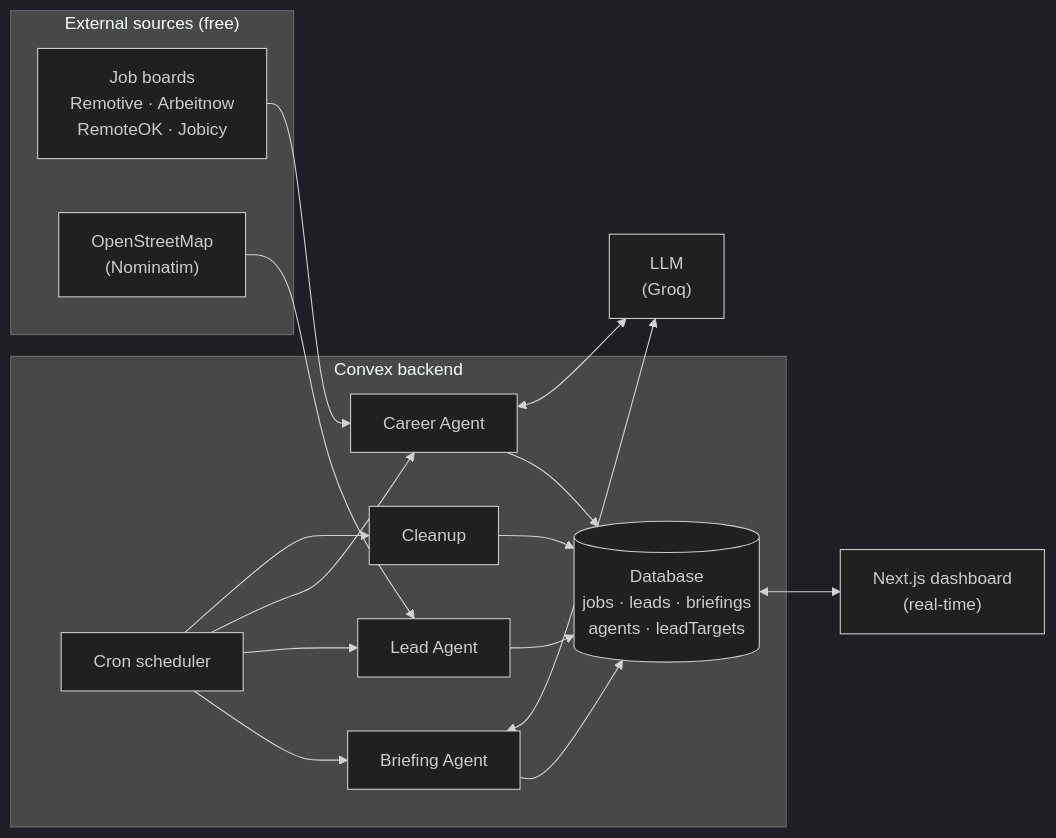
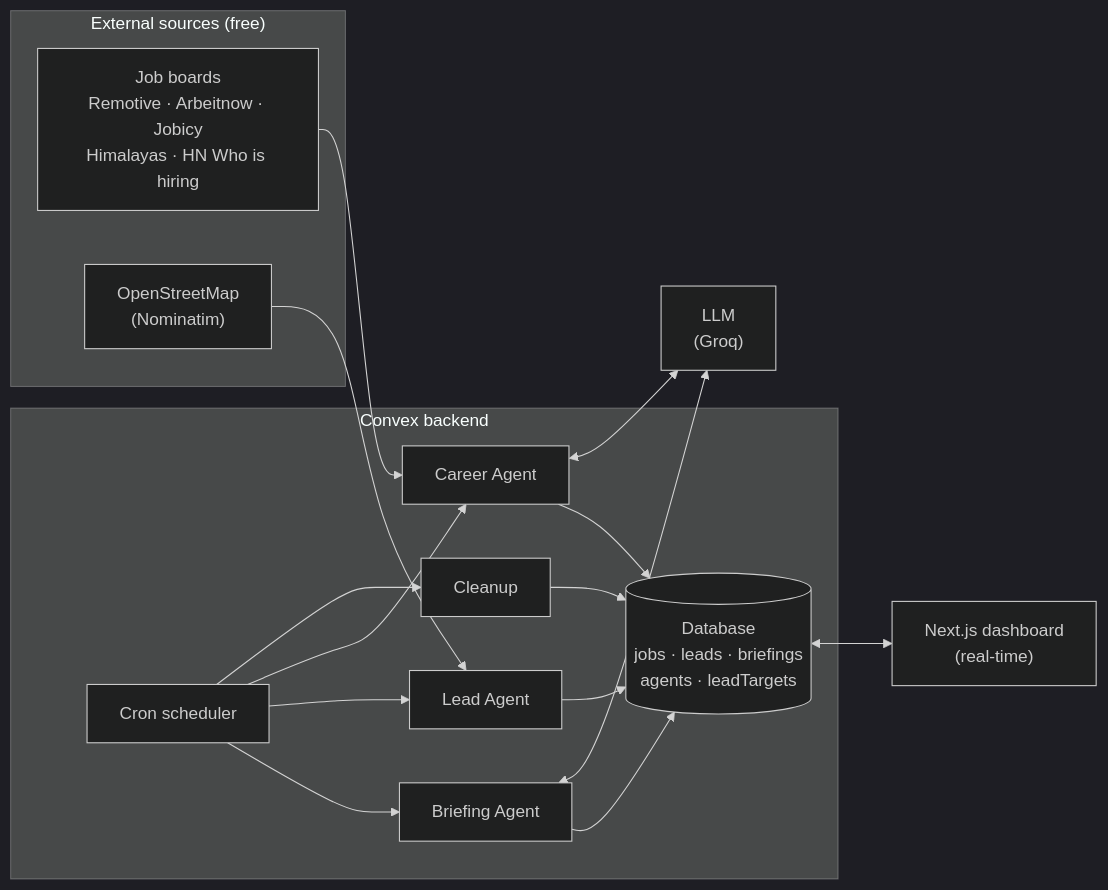
Before and after one commit to aadilsal/AI-Command-Center: the diagram in README.md, drawn with Mermaid (dark theme). The commit also changed other lines of this file, not shown here.

Commit message:
Free-to-apply job sources (HN Who is hiring, Himalayas search), README update

```diff
--- a/README.md
+++ b/README.md
@@ -66,27 +66,27 @@
 ~~~mermaid
 flowchart LR
     subgraph Sources["External sources (free)"]
-        JB["Job boards<br/>Remotive · Arbeitnow<br/>RemoteOK · Jobicy"]
+        JB["Job boards<br/>Remotive · Arbeitnow · Jobicy<br/>Himalayas · HN Who is hiring"]
         OSM["OpenStreetMap<br/>(Nominatim)"]
     end
 
     subgraph Convex["Convex backend"]
         CRON["Cron scheduler"]
         CA["Career Agent"]
         LA["Lead Agent"]
         BA["Briefing Agent"]
         CL["Cleanup"]
         DB[("Database<br/>jobs · leads · briefings<br/>agents · leadTargets")]
     end
 
     LLM["LLM<br/>(Groq)"]
     UI["Next.js dashboard<br/>(real-time)"]
 
     CRON --> CL & CA & LA & BA
     JB --> CA
     OSM --> LA
     CA <--> LLM
     BA <--> LLM
     CA & LA & BA & CL --> DB
     DB <--> UI
 ~~~
```
